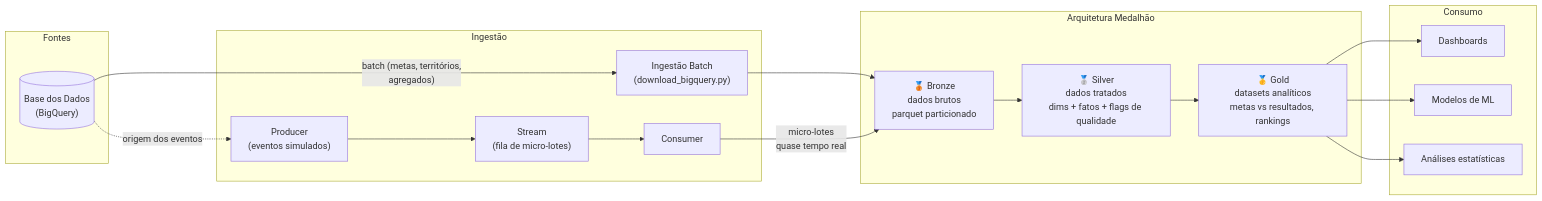
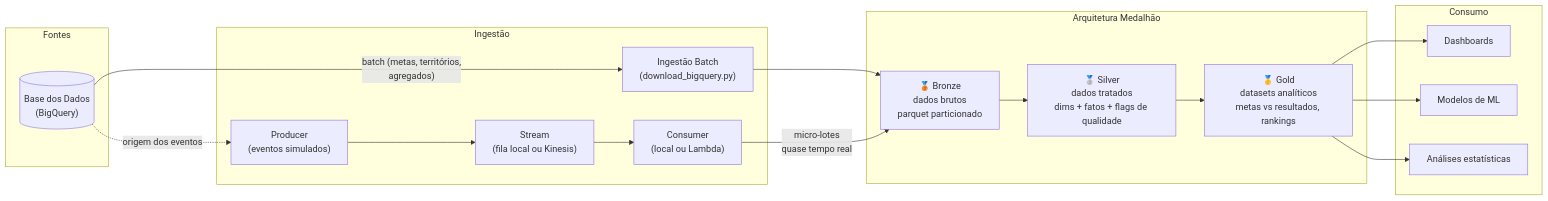
Before and after one commit to edermiche/fiap-tech-challenge-fase2: the diagram in README.md, drawn with Mermaid. The commit also changed other lines of this file and 1 other file, not shown here.

````diff
--- a/README.md
+++ b/README.md
@@ -29,31 +29,31 @@
 ```mermaid
 flowchart LR
     subgraph Fontes
         BD[("Base dos Dados<br/>(BigQuery)")]
     end
 
     subgraph Ingestão
         BATCH["Ingestão Batch<br/>(download_bigquery.py)"]
         PROD["Producer<br/>(eventos simulados)"]
-        FILA["Stream<br/>(fila de micro-lotes)"]
-        CONS["Consumer"]
+        FILA["Stream<br/>(fila local ou Kinesis)"]
+        CONS["Consumer<br/>(local ou Lambda)"]
     end
 
     subgraph "Arquitetura Medalhão"
         BRONZE["🥉 Bronze<br/>dados brutos<br/>parquet particionado"]
         SILVER["🥈 Silver<br/>dados tratados<br/>dims + fatos + flags de qualidade"]
         GOLD["🥇 Gold<br/>datasets analíticos<br/>metas vs resultados, rankings"]
     end
 
     subgraph Consumo
         DASH["Dashboards"]
         ML["Modelos de ML"]
         ANALISE["Análises estatísticas"]
     end
 
     BD -->|"batch (metas, territórios,<br/>agregados)"| BATCH --> BRONZE
     BD -.->|"origem dos eventos"| PROD
     PROD --> FILA --> CONS -->|"micro-lotes<br/>quase tempo real"| BRONZE
     BRONZE --> SILVER --> GOLD
     GOLD --> DASH & ML & ANALISE
 ```
````
